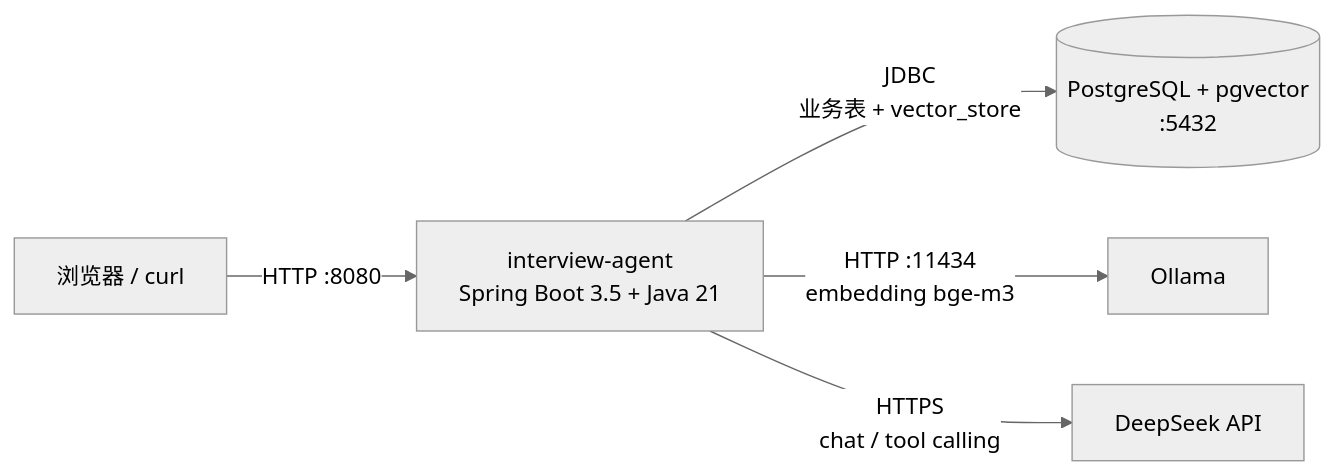
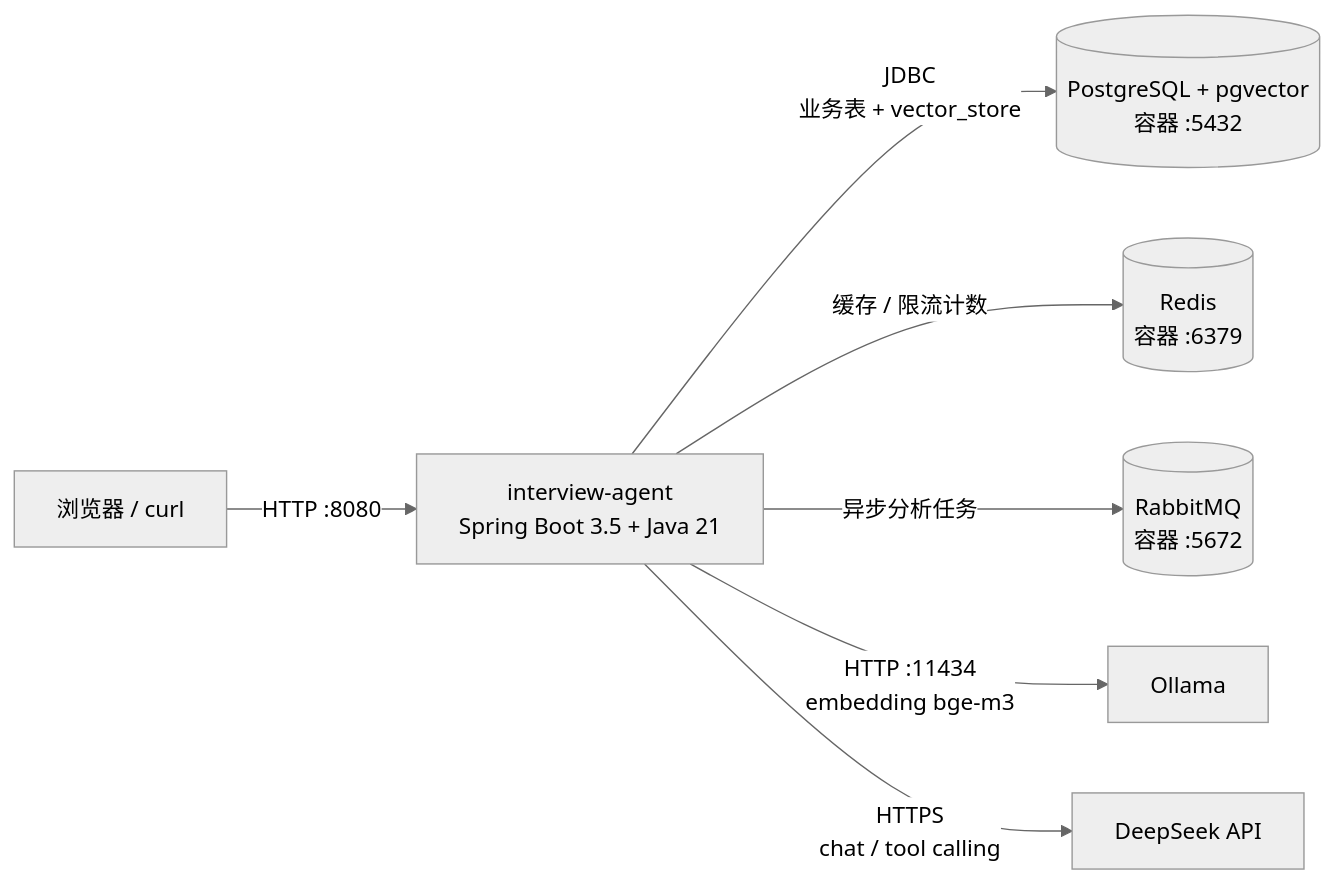
One commit to dreamback2025/interview-agent changed the diagram in README.md. Above: the diagram before and after it, drawn with Mermaid (neutral theme). The commit also changed other lines of this file and 7 other files, not shown here.

First line of the commit message:
fix: 容器数据库初始化失败（SQL 注释用错）+ 修复 GitHub 图片渲染

````diff
--- a/README.md
+++ b/README.md
@@ -478,7 +518,9 @@
 ```mermaid
 flowchart LR
   U[浏览器 / curl] -->|HTTP :8080| APP[interview-agent<br/>Spring Boot 3.5 + Java 21]
-  APP -->|JDBC<br/>业务表 + vector_store| PG[(PostgreSQL + pgvector<br/>:5432)]
+  APP -->|JDBC<br/>业务表 + vector_store| PG[(PostgreSQL + pgvector<br/>容器 :5432)]
+  APP -->|缓存 / 限流计数| RD[(Redis<br/>容器 :6379)]
+  APP -->|异步分析任务| MQ[(RabbitMQ<br/>容器 :5672)]
   APP -->|HTTP :11434<br/>embedding bge-m3| OL[Ollama]
   APP -->|HTTPS<br/>chat / tool calling| DS[DeepSeek API]
 ```
````
